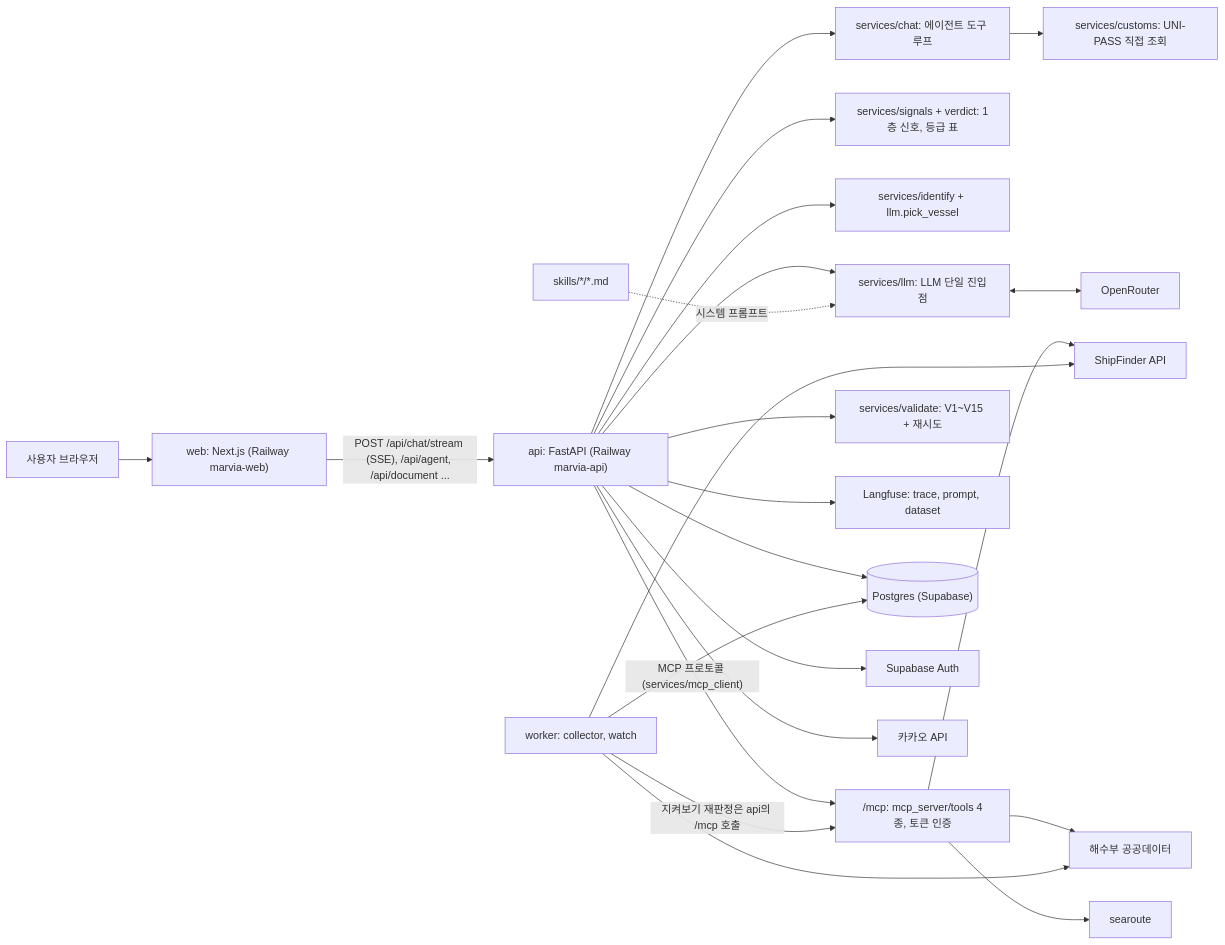
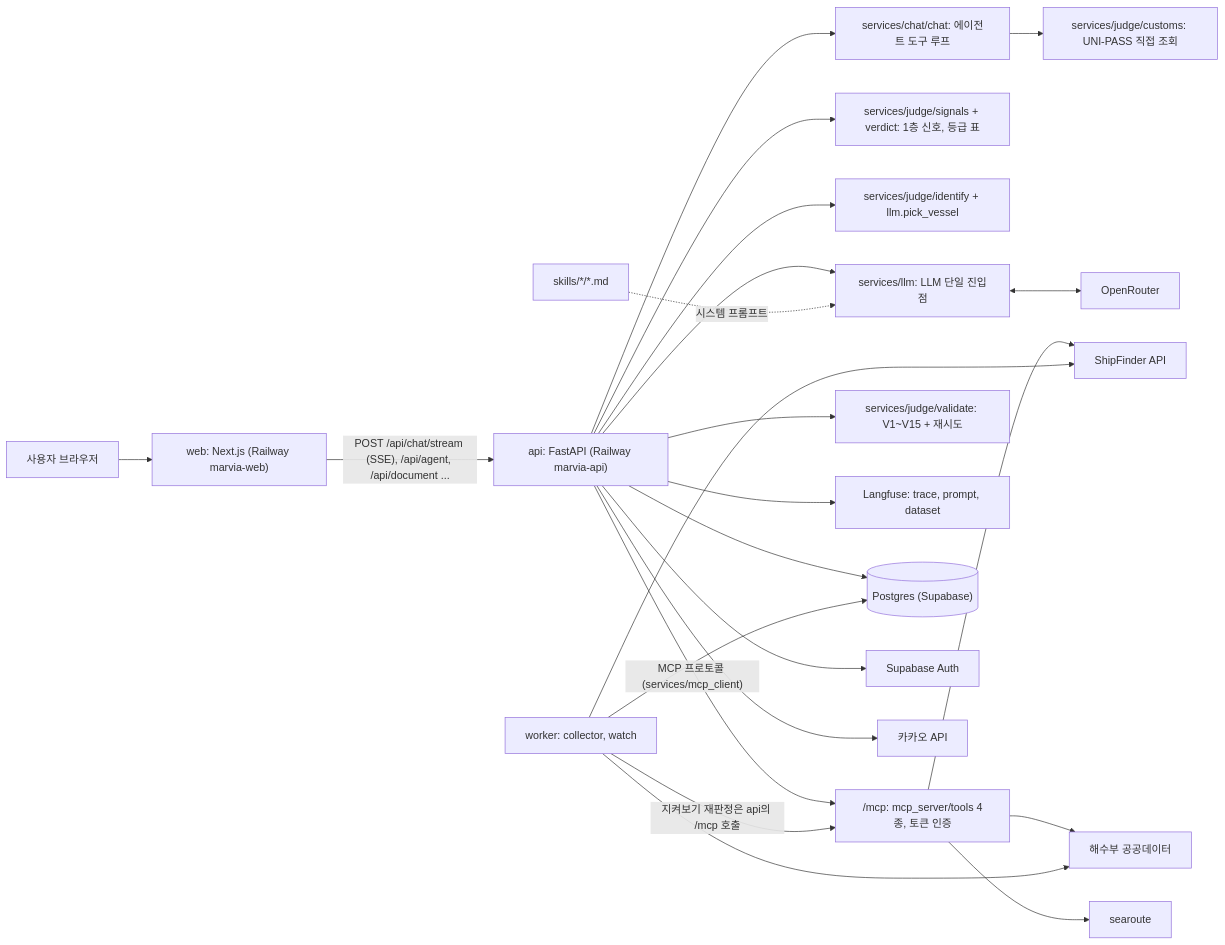
The first of 3 diagrams in docs/Marvia_SDD.md (HJU5022/Marvia), drawn with Mermaid before and after one commit. The commit also changed other lines of this file and 27 other files, not shown here.

Commit message:
docs: services 묶음 폴더·llm 보조 파일·tests 세 층에 맞춰 CLAUDE.md, README, backend/README, SDD 1.1·5·9절 등의 파일 경로 갱신

````diff
--- a/docs/Marvia_SDD.md
+++ b/docs/Marvia_SDD.md
@@ -151,25 +169,25 @@
 ```mermaid
 flowchart LR
   U["사용자 브라우저"] --> W["web: Next.js (Railway marvia-web)"]
   W -->|"POST /api/chat/stream (SSE), /api/agent, /api/document ..."| A["api: FastAPI (Railway marvia-api)"]
-  A --> CH["services/chat: 에이전트 도구 루프"]
-  CH --> CU["services/customs: UNI-PASS 직접 조회"]
-  A --> SG["services/signals + verdict: 1층 신호, 등급 표"]
-  A --> ID["services/identify + llm.pick_vessel"]
+  A --> CH["services/chat/chat: 에이전트 도구 루프"]
+  CH --> CU["services/judge/customs: UNI-PASS 직접 조회"]
+  A --> SG["services/judge/signals + verdict: 1층 신호, 등급 표"]
+  A --> ID["services/judge/identify + llm.pick_vessel"]
   A --> L["services/llm: LLM 단일 진입점"]
   SK["skills/*/*.md"] -.->|"시스템 프롬프트"| L
   L <--> OR["OpenRouter"]
   A -->|"MCP 프로토콜 (services/mcp_client)"| M["/mcp: mcp_server/tools 4종, 토큰 인증"]
   M --> SF["ShipFinder API"]
   M --> MOF["해수부 공공데이터"]
   M --> SR["searoute"]
-  A --> V["services/validate: V1~V15 + 재시도"]
+  A --> V["services/judge/validate: V1~V15 + 재시도"]
   A --> LF["Langfuse: trace, prompt, dataset"]
   A --> DB[("Postgres (Supabase)")]
   A --> SB["Supabase Auth"]
   A --> KK["카카오 API"]
   WK["worker: collector, watch"] --> SF
   WK --> MOF
   WK -->|"지켜보기 재판정은 api의 /mcp 호출"| M
   WK --> DB
 ```
````
